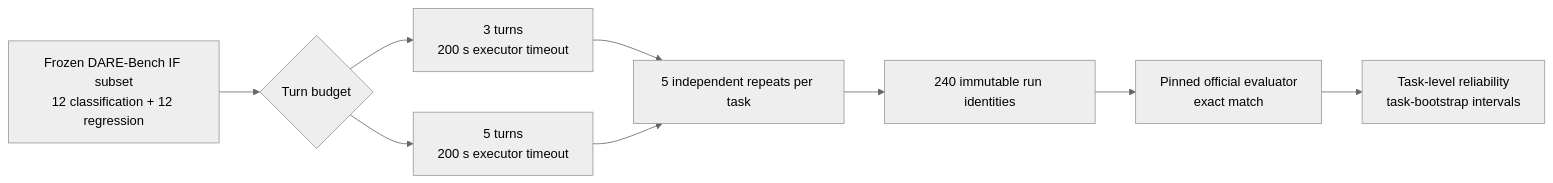
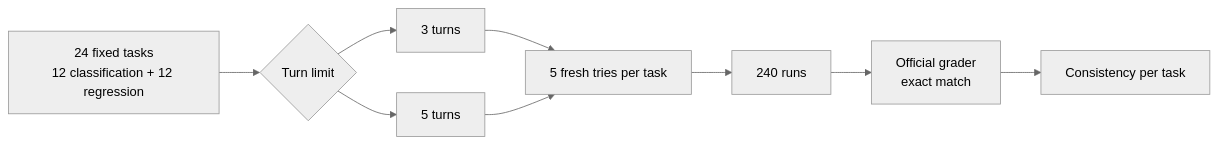
The diagram in README.md (MouhssineElBoumshouli/dare-agent-reliability), drawn with Mermaid (neutral theme) before and after one commit. The commit also changed other lines of this file and 1 other file, not shown here.

````diff
--- a/README.md
+++ b/README.md
@@ -19,11 +29,11 @@
 ```mermaid
 flowchart LR
-    A["Frozen DARE-Bench IF subset<br/>12 classification + 12 regression"] --> B{"Turn budget"}
-    B --> C["3 turns<br/>200 s executor timeout"]
-    B --> D["5 turns<br/>200 s executor timeout"]
-    C --> E["5 independent repeats per task"]
+    A["24 fixed tasks<br/>12 classification + 12 regression"] --> B{"Turn limit"}
+    B --> C["3 turns"]
+    B --> D["5 turns"]
+    C --> E["5 fresh tries per task"]
     D --> E
-    E --> F["240 immutable run identities"]
-    F --> G["Pinned official evaluator<br/>exact match"]
-    G --> H["Task-level reliability<br/>task-bootstrap intervals"]
+    E --> F["240 runs"]
+    F --> G["Official grader<br/>exact match"]
+    G --> H["Consistency per task"]
 ```
````
